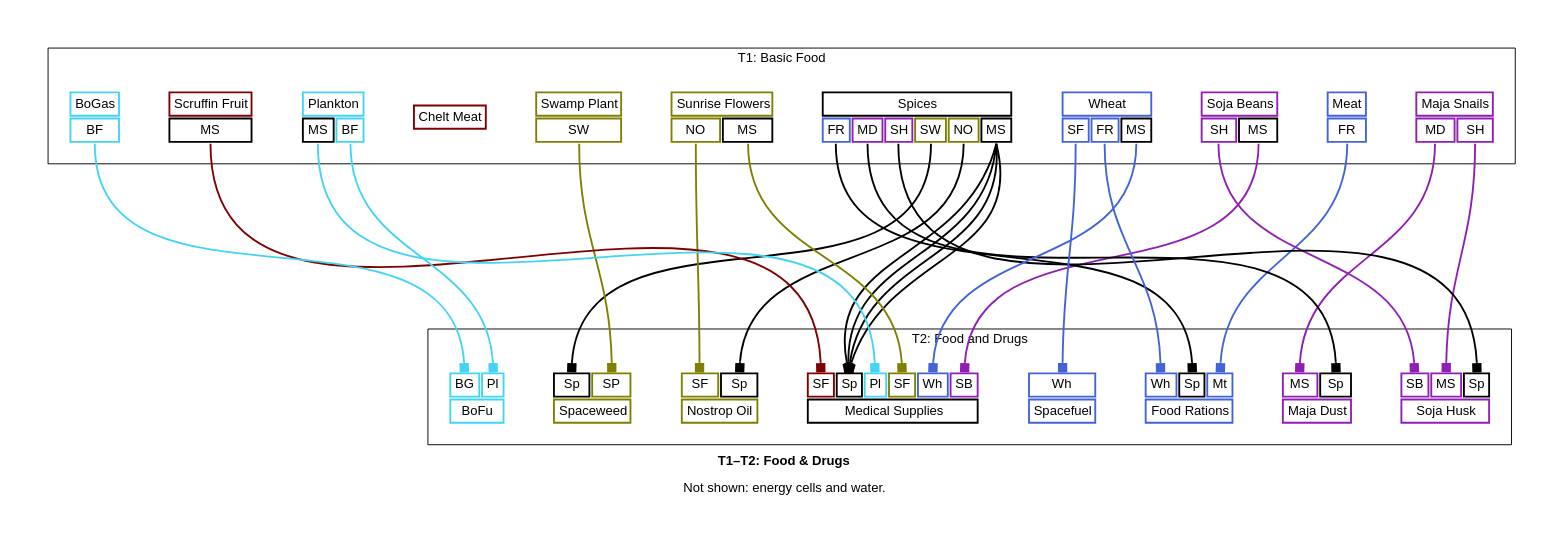
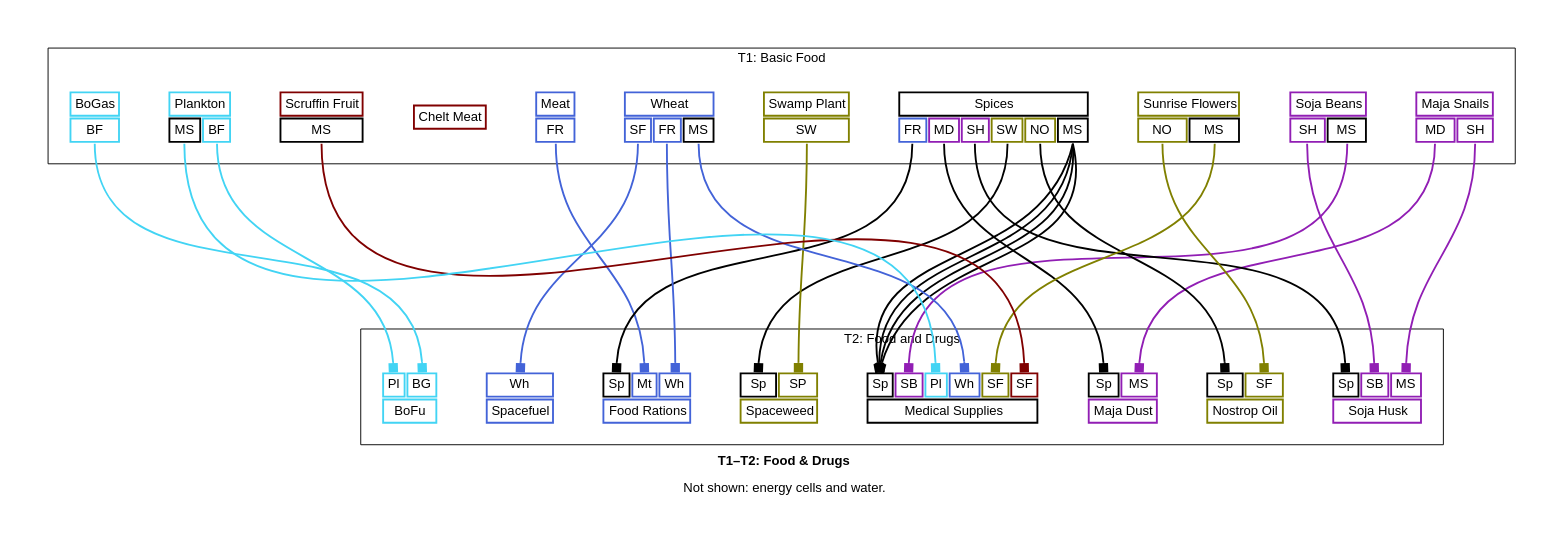
Before and after one commit to borntyping/x4-diagrams: the diagram in docs/t1_t2_food_drugs_graph_simplified.dot, drawn with Graphviz. The commit also changed other lines of this file and 97 other files, not shown here.

```diff
--- a/docs/t1_t2_food_drugs_graph_simplified.dot
+++ b/docs/t1_t2_food_drugs_graph_simplified.dot
@@ -186,11 +186,11 @@
   
     <tr>
       
-        <td align="text" bgcolor="white" color="#4363d8" port="wheat">Wh</td>
-      
         <td align="text" bgcolor="white" color="#000000" port="spices">Sp</td>
       
         <td align="text" bgcolor="white" color="#4363d8" port="meat">Mt</td>
+      
+        <td align="text" bgcolor="white" color="#4363d8" port="wheat">Wh</td>
       
     </tr>
   
@@ -203,9 +203,9 @@
   
     <tr>
       
+        <td align="text" bgcolor="white" color="#000000" port="spices">Sp</td>
+      
         <td align="text" bgcolor="white" color="#911eb4" port="maja_snails">MS</td>
-      
-        <td align="text" bgcolor="white" color="#000000" port="spices">Sp</td>
       
     </tr>
   
@@ -218,11 +218,11 @@
   
     <tr>
       
+        <td align="text" bgcolor="white" color="#000000" port="spices">Sp</td>
+      
         <td align="text" bgcolor="white" color="#911eb4" port="soja_beans">SB</td>
       
         <td align="text" bgcolor="white" color="#911eb4" port="maja_snails">MS</td>
-      
-        <td align="text" bgcolor="white" color="#000000" port="spices">Sp</td>
       
     </tr>
   
@@ -250,9 +250,9 @@
   
     <tr>
       
+        <td align="text" bgcolor="white" color="#000000" port="spices">Sp</td>
+      
         <td align="text" bgcolor="white" color="#808000" port="sunrise_flowers">SF</td>
-      
-        <td align="text" bgcolor="white" color="#000000" port="spices">Sp</td>
       
     </tr>
   
@@ -265,17 +265,17 @@
   
     <tr>
       
-        <td align="text" bgcolor="white" color="#800000" port="scruffin_fruits">SF</td>
+        <td align="text" bgcolor="white" color="#000000" port="spices">Sp</td>
       
-        <td align="text" bgcolor="white" color="#000000" port="spices">Sp</td>
+        <td align="text" bgcolor="white" color="#911eb4" port="soja_beans">SB</td>
       
         <td align="text" bgcolor="white" color="#42d4f4" port="plankton">Pl</td>
       
+        <td align="text" bgcolor="white" color="#4363d8" port="wheat">Wh</td>
+      
         <td align="text" bgcolor="white" color="#808000" port="sunrise_flowers">SF</td>
       
-        <td align="text" bgcolor="white" color="#4363d8" port="wheat">Wh</td>
-      
-        <td align="text" bgcolor="white" color="#911eb4" port="soja_beans">SB</td>
+        <td align="text" bgcolor="white" color="#800000" port="scruffin_fruits">SF</td>
       
     </tr>
   
@@ -288,9 +288,9 @@
   
     <tr>
       
+        <td align="text" bgcolor="white" color="#42d4f4" port="plankton">Pl</td>
+      
         <td align="text" bgcolor="white" color="#42d4f4" port="bogas">BG</td>
-      
-        <td align="text" bgcolor="white" color="#42d4f4" port="plankton">Pl</td>
       
     </tr>
   
```
